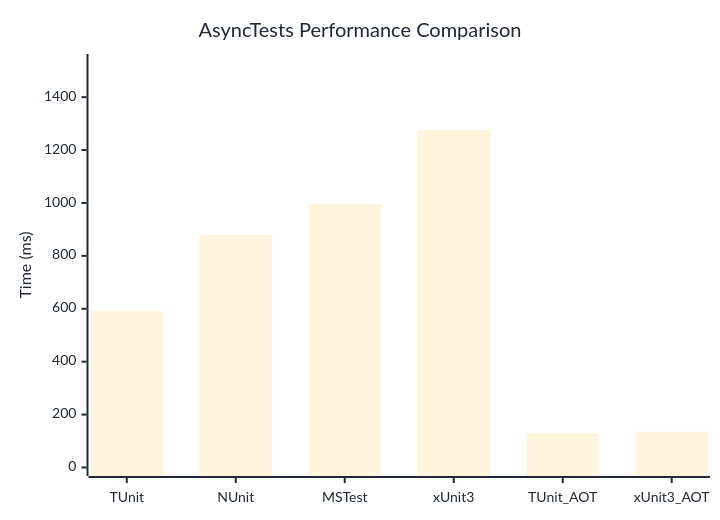
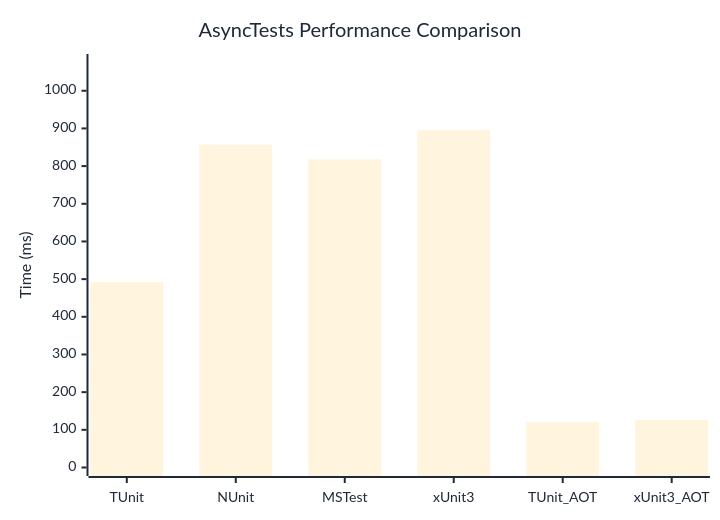
The diagram in docs/docs/benchmarks/engine/AsyncTests.md (thomhurst/TUnit), drawn with Mermaid before and after one commit. The commit also changed other lines of this file and 18 other files, not shown here.

````diff
--- a/docs/docs/benchmarks/engine/AsyncTests.md
+++ b/docs/docs/benchmarks/engine/AsyncTests.md
@@ -30,37 +30,37 @@
 ```mermaid
 %%{init: {
   'theme':'base',
   'themeVariables': {
     'primaryColor': '#2563eb',
     'primaryTextColor': '#1f2937',
     'primaryBorderColor': '#1e40af',
     'lineColor': '#6b7280',
     'secondaryColor': '#7c3aed',
     'tertiaryColor': '#dc2626',
     'background': '#ffffff',
     'mainBkg': '#2563eb',
     'secondBkg': '#7c3aed',
     'tertiaryBkg': '#dc2626',
     'clusterBkg': '#f3f4f6',
     'edgeLabelBackground': '#ffffff',
     'tertiaryTextColor': '#1f2937',
     'pie1': '#2563eb',
     'pie2': '#7c3aed',
     'pie3': '#dc2626',
     'pie4': '#f59e0b',
     'pie5': '#10b981',
     'pie6': '#06b6d4',
     'pie7': '#ec4899',
     'pie8': '#6366f1',
     'pie9': '#84cc16',
     'pie10': '#f97316',
     'pie11': '#14b8a6',
     'pie12': '#a855f7'
   }
 }}%%
 xychart-beta
   title "AsyncTests Performance Comparison"
   x-axis ["TUnit", "NUnit", "MSTest", "xUnit3", "TUnit_AOT", "xUnit3_AOT"]
-  y-axis "Time (ms)" 0 --> 1531
-  bar [592.2, 879.4, 996.2, 1275.6, 131.1, 135.7]
+  y-axis "Time (ms)" 0 --> 1075
+  bar [492.4, 856.7, 817.9, 895.6, 120.9, 126.4]
 ```
````
